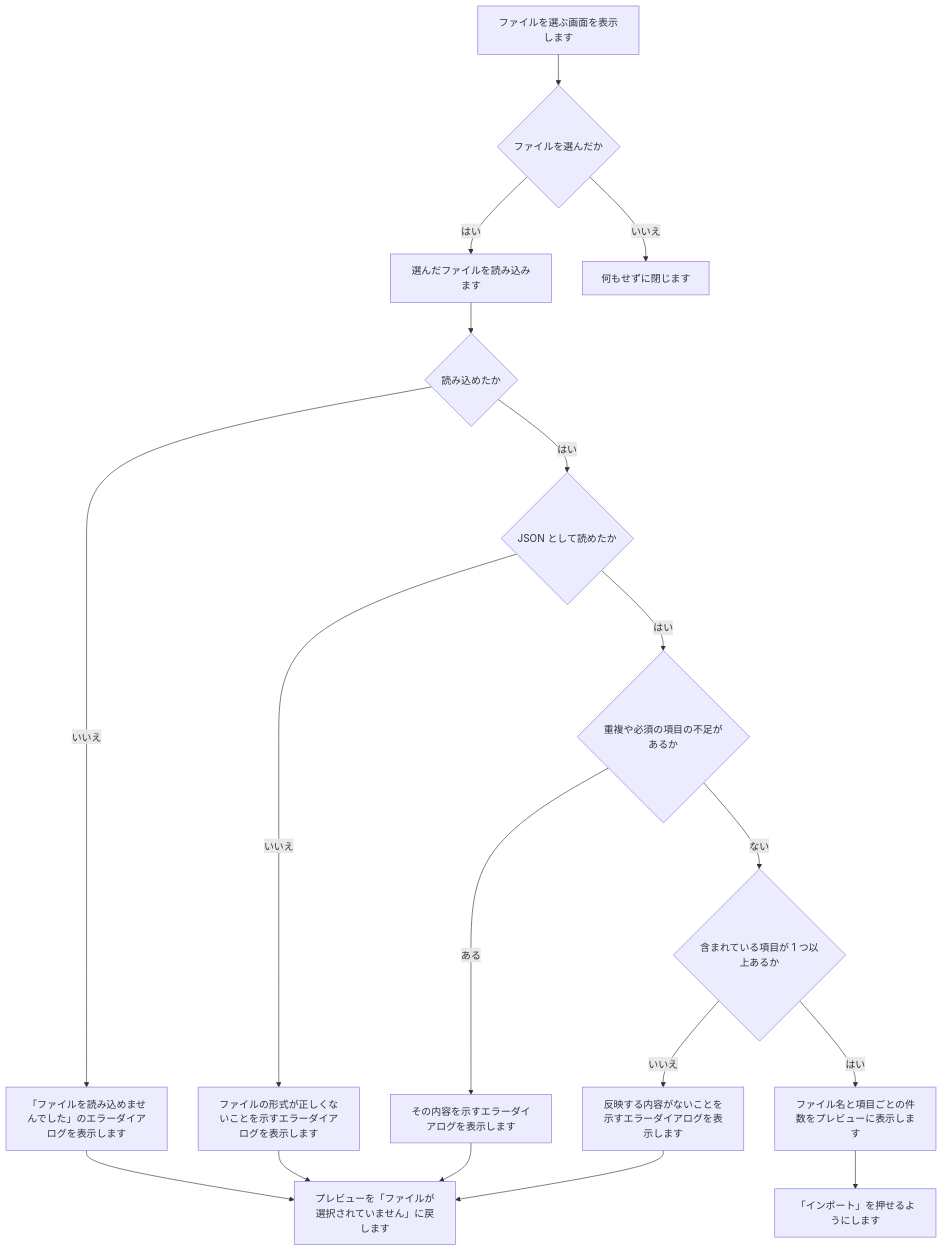
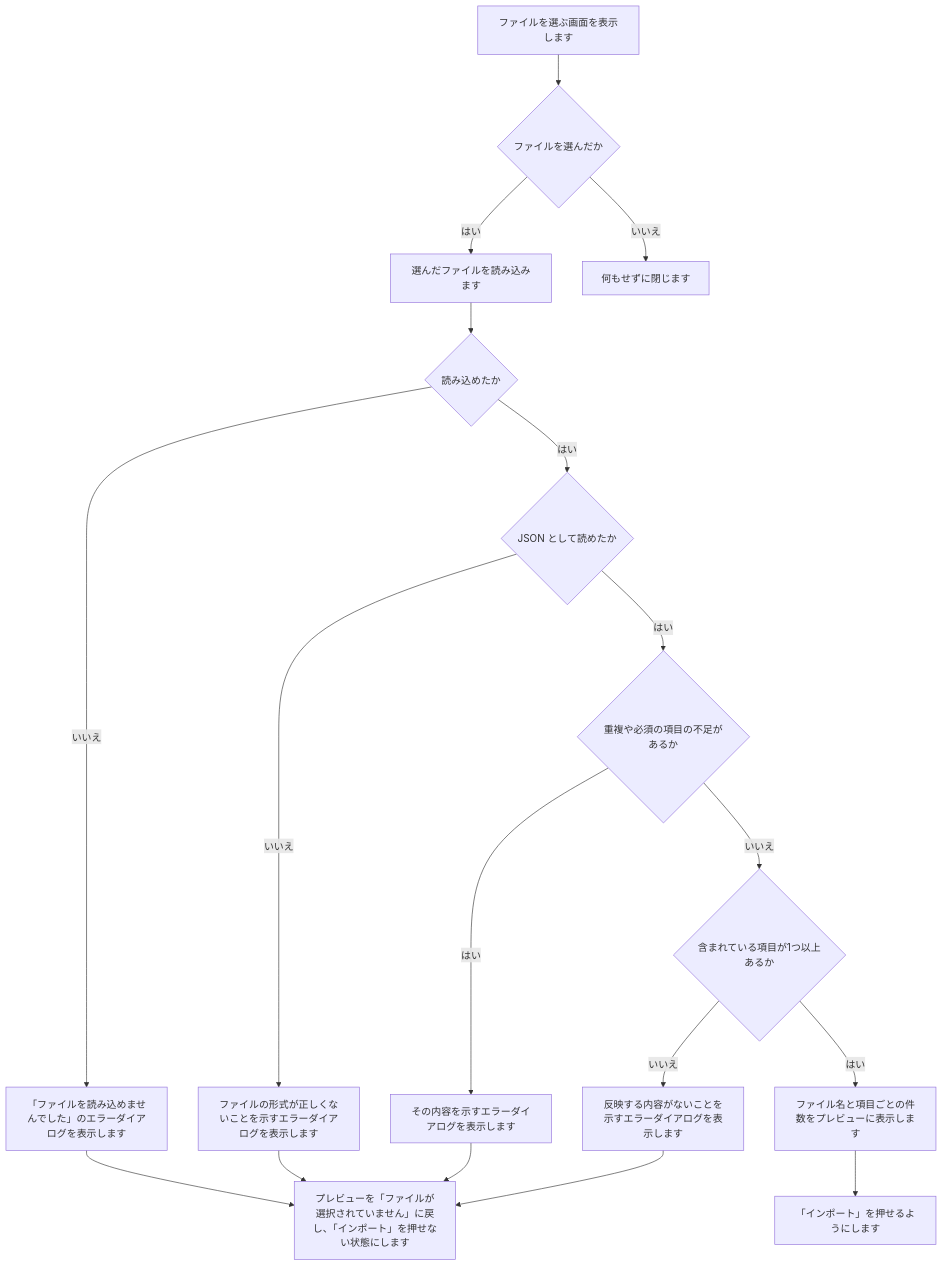
Before and after one commit to nishida2073/project_management: diagram 23 of 34 in tool/smstokintone/doc/02_設計/処理フロー.md, drawn with Mermaid. The commit also changed other lines of this file and 5 other files, not shown here.

````diff
--- a/tool/smstokintone/doc/02_設計/処理フロー.md
+++ b/tool/smstokintone/doc/02_設計/処理フロー.md
@@ -395,15 +385,14 @@
 ```mermaid
 flowchart TD
   A["ファイルを選ぶ画面を表示します"] --> B{"ファイルを選んだか"}
   B -- はい --> C["選んだファイルを読み込みます"] --> D{"読み込めたか"}
   B -- いいえ --> Z["何もせずに閉じます"]
   D -- はい --> F{"JSON として読めたか"}
-  D -- いいえ --> E["「ファイルを読み込めませんでした」のエラーダイアログを表示します"] --> J["プレビューを「ファイルが選択されていません」に戻します"]
+  D -- いいえ --> E["「ファイルを読み込めませんでした」のエラーダイアログを表示します"] --> J["プレビューを「ファイルが選択されていません」に戻し、「インポート」を押せない状態にします"]
   F -- はい --> H{"重複や必須の項目の不足があるか"}
   F -- いいえ --> G["ファイルの形式が正しくないことを示すエラーダイアログを表示します"] --> J
-  H -- ある --> I["その内容を示すエラーダイアログを表示します"] --> J
-  H -- ない --> M{"含まれている項目が 1 つ以上あるか"}
-  M -- はい --> K["ファイル名と項目ごとの件数をプレビューに表示します"]
+  H -- はい --> I["その内容を示すエラーダイアログを表示します"] --> J
+  H -- いいえ --> M{"含まれている項目が1つ以上あるか"}
+  M -- はい --> K["ファイル名と項目ごとの件数をプレビューに表示します"] --> L["「インポート」を押せるようにします"]
   M -- いいえ --> N["反映する内容がないことを示すエラーダイアログを表示します"] --> J
-  K --> L["「インポート」を押せるようにします"]
 ```
````
